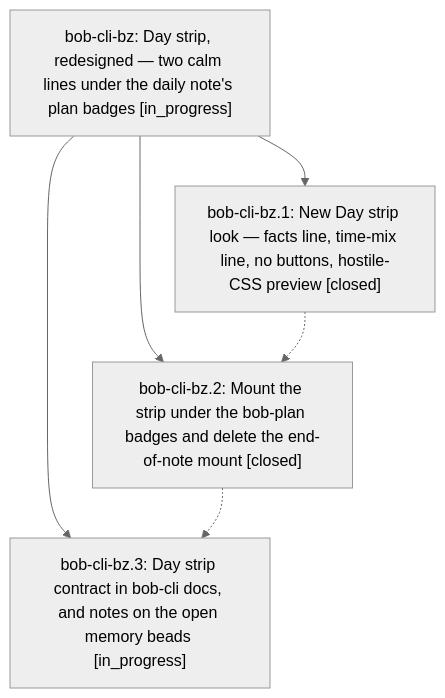
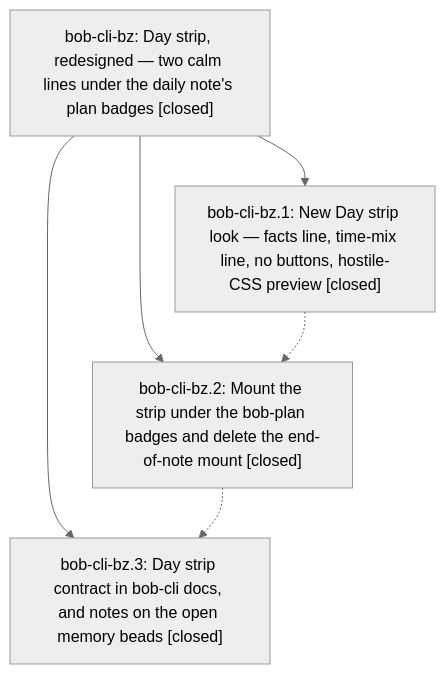
Before and after one commit to bobs-org/bob-cli--beads: the diagram in pages/bob-cli-bz/README.md, drawn with Mermaid (neutral theme). The commit also changed other lines of this file and 2 other files, not shown here.

First line of the commit message:
chore(beads): sync bead state and pages for bob-cli-bz

````diff
--- a/pages/bob-cli-bz/README.md
+++ b/pages/bob-cli-bz/README.md
@@ -38,12 +48,12 @@
 ```mermaid
 flowchart TD
-    n0["bob-cli-bz: Day strip, redesigned — two calm lines under the daily note's plan badges [in_progress]"]
+    n0["bob-cli-bz: Day strip, redesigned — two calm lines under the daily note's plan badges [closed]"]
     n1["bob-cli-bz.1: New Day strip look — facts line, time-mix line, no buttons, hostile-CSS preview [closed]"]
     n2["bob-cli-bz.2: Mount the strip under the bob-plan badges and delete the end-of-note mount [closed]"]
-    n3["bob-cli-bz.3: Day strip contract in bob-cli docs, and notes on the open memory beads [in_progress]"]
+    n3["bob-cli-bz.3: Day strip contract in bob-cli docs, and notes on the open memory beads [closed]"]
     n0 --> n1
     n0 --> n2
     n0 --> n3
     n1 -.-> n2
     n2 -.-> n3
 ```
````
